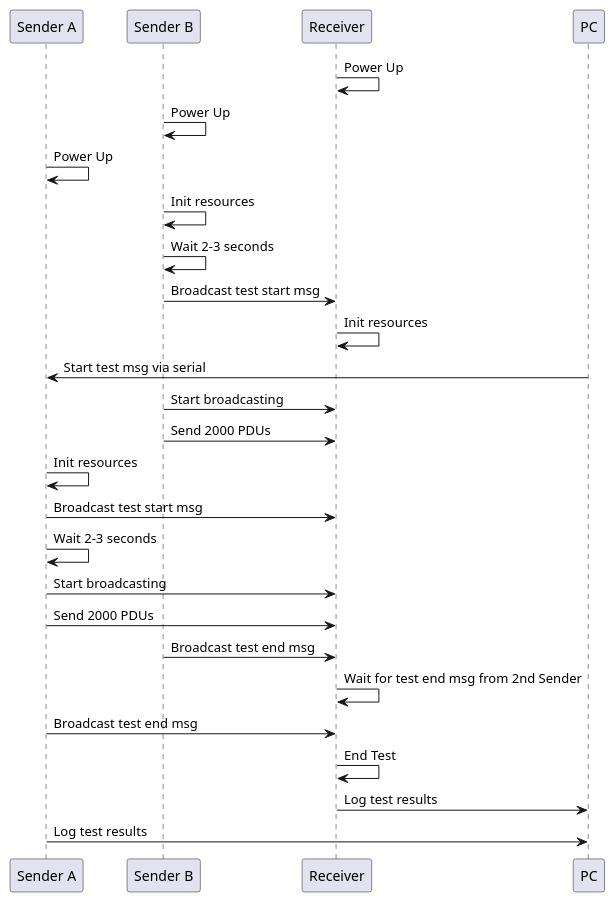
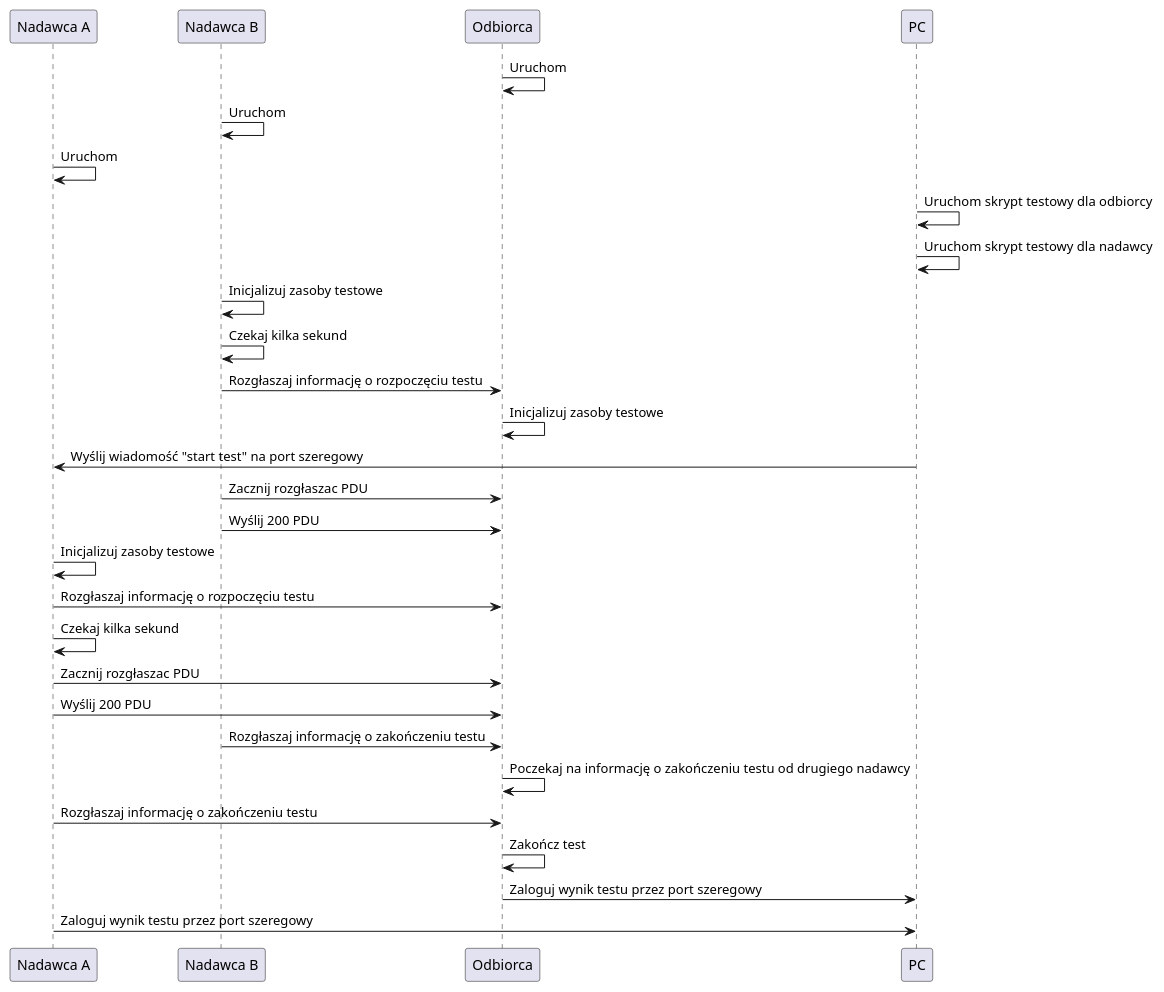
One commit to bartlomiej-niemiec/ble-broadcast-authorization changed the diagram in docs/test_procedure_2_senders.plantuml. Above: the diagram before and after it, drawn with PlantUML. The commit also changed 191 other files, not shown here.

```diff
--- a/docs/test_procedure_2_senders.plantuml
+++ b/docs/test_procedure_2_senders.plantuml
@@ -1,29 +1,31 @@
 @startuml
-participant "Sender A"
-participant "Sender B"
-participant Receiver
+participant "Nadawca A"
+participant "Nadawca B"
+participant Odbiorca
 participant PC
 
-Receiver -> Receiver : Power Up
-"Sender B" -> "Sender B" : Power Up
-"Sender A" -> "Sender A" : Power Up
-"Sender B" -> "Sender B": Init resources
-"Sender B" -> "Sender B": Wait 2-3 seconds
-"Sender B" -> Receiver: Broadcast test start msg
-Receiver -> Receiver: Init resources
-PC -> "Sender A": Start test msg via serial
-"Sender B" -> Receiver: Start broadcasting
-"Sender B" -> Receiver: Send 2000 PDUs
-"Sender A" -> "Sender A": Init resources
-"Sender A" -> Receiver: Broadcast test start msg
-"Sender A" -> "Sender A": Wait 2-3 seconds
-"Sender A" -> Receiver: Start broadcasting
-"Sender A" -> Receiver: Send 2000 PDUs
-"Sender B" -> Receiver: Broadcast test end msg
-Receiver -> Receiver: Wait for test end msg from 2nd Sender
-"Sender A" -> Receiver: Broadcast test end msg
-Receiver -> Receiver: End Test
-Receiver -> PC: Log test results
-"Sender A" -> PC: Log test results
+Odbiorca -> Odbiorca : Uruchom
+"Nadawca B" -> "Nadawca B" : Uruchom
+"Nadawca A" -> "Nadawca A" : Uruchom
+PC -> PC : Uruchom skrypt testowy dla odbiorcy
+PC -> PC : Uruchom skrypt testowy dla nadawcy
+"Nadawca B" -> "Nadawca B": Inicjalizuj zasoby testowe
+"Nadawca B" -> "Nadawca B": Czekaj kilka sekund
+"Nadawca B" -> Odbiorca: Rozgłaszaj informację o rozpoczęciu testu
+Odbiorca -> Odbiorca: Inicjalizuj zasoby testowe
+PC -> "Nadawca A": Wyślij wiadomość "start test" na port szeregowy
+"Nadawca B" -> Odbiorca: Zacznij rozgłaszac PDU
+"Nadawca B" -> Odbiorca: Wyślij 200 PDU
+"Nadawca A" -> "Nadawca A": Inicjalizuj zasoby testowe
+"Nadawca A" -> Odbiorca: Rozgłaszaj informację o rozpoczęciu testu
+"Nadawca A" -> "Nadawca A": Czekaj kilka sekund
+"Nadawca A" -> Odbiorca: Zacznij rozgłaszac PDU
+"Nadawca A" -> Odbiorca: Wyślij 200 PDU
+"Nadawca B" -> Odbiorca: Rozgłaszaj informację o zakończeniu testu
+Odbiorca -> Odbiorca: Poczekaj na informację o zakończeniu testu od drugiego nadawcy
+"Nadawca A" -> Odbiorca: Rozgłaszaj informację o zakończeniu testu
+Odbiorca -> Odbiorca: Zakończ test
+Odbiorca -> PC: Zaloguj wynik testu przez port szeregowy
+"Nadawca A" -> PC: Zaloguj wynik testu przez port szeregowy
 
 @enduml
```
